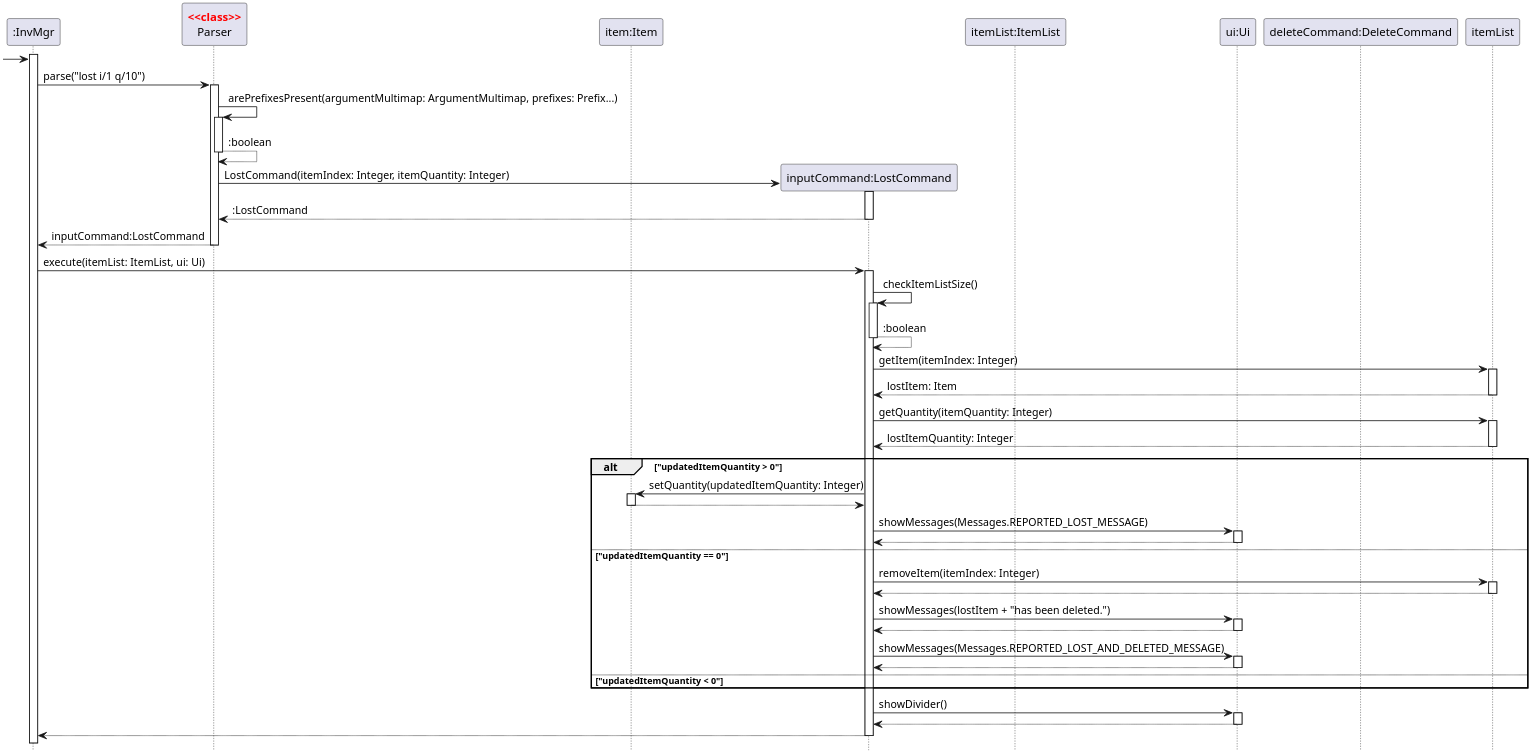
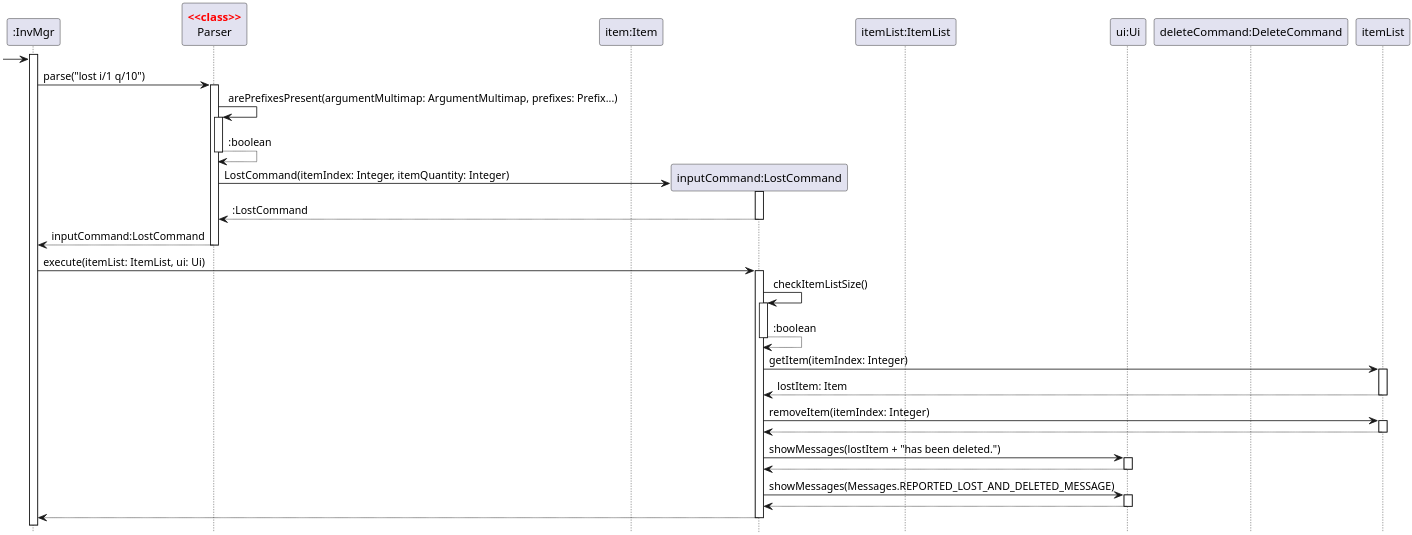
One commit to nus-cs2113-AY2122S2/tp changed the diagram in docs/diagrams/LostCommandSequenceDiagram.puml. Above: the diagram before and after it, drawn with PlantUML. The commit also changed 2 other files, not shown here.

Commit message:
Update DG LostCommand section to reflect a modified LostCommand that deletes a lost item from the inventory

```diff
--- a/docs/diagrams/LostCommandSequenceDiagram.puml
+++ b/docs/diagrams/LostCommandSequenceDiagram.puml
@@ -1,75 +1,58 @@
 @startuml
 'https://plantuml.com/sequence-diagram
 hide footbox
 
 skinparam dpi 300
 skinparam guillemet false
 skinparam sequenceStereotypeFontColor red
 skinparam sequenceStereotypeFontStyle bold
 
 Participant ":InvMgr" as invmgr
 Participant "Parser" as parser <<class>>
 Participant "item:Item" as item
 Participant "inputCommand:LostCommand" as cmd
 Participant "itemList:ItemList" as itemlist
 Participant "ui:Ui" as ui
 Participant "deleteCommand:DeleteCommand" as delCommand
 
 activate invmgr
 
 -> invmgr
 invmgr -> parser:parse("lost i/1 q/10")
 activate parser
 
 parser -> parser:arePrefixesPresent(argumentMultimap: ArgumentMultimap, prefixes: Prefix...)
 activate parser
 return :boolean
 
 create cmd
 parser -> cmd:LostCommand(itemIndex: Integer, itemQuantity: Integer)
 activate cmd
 return :LostCommand
 
 return inputCommand:LostCommand
 
 invmgr -> cmd:execute(itemList: ItemList, ui: Ui)
 activate cmd
 
 cmd -> cmd:checkItemListSize()
 activate cmd
 return :boolean
 
 cmd -> itemList: getItem(itemIndex: Integer)
 activate itemList
 return lostItem: Item
 
-cmd -> itemList: getQuantity(itemQuantity: Integer)
-activate itemList
-return lostItemQuantity: Integer
-
-alt "updatedItemQuantity > 0"
-cmd -> item: setQuantity(updatedItemQuantity: Integer)
-activate item
-return
-cmd -> ui: showMessages(Messages.REPORTED_LOST_MESSAGE)
-activate ui
-return
-else "updatedItemQuantity == 0"
 cmd -> itemList: removeItem(itemIndex: Integer)
 activate itemList
 return
+
 cmd -> ui: showMessages(lostItem + "has been deleted.")
 activate ui
 return
 cmd -> ui: showMessages(Messages.REPORTED_LOST_AND_DELETED_MESSAGE)
 activate ui
 return
-else "updatedItemQuantity < 0"
-end
-
-cmd -> ui:showDivider()
-activate ui
-return
 
 return
 @enduml
```
